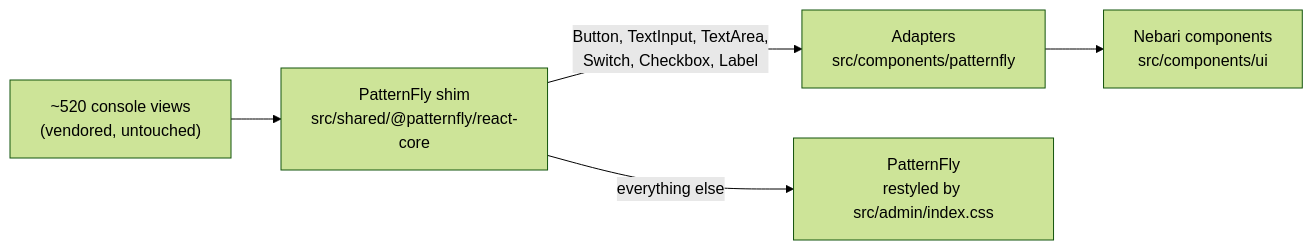
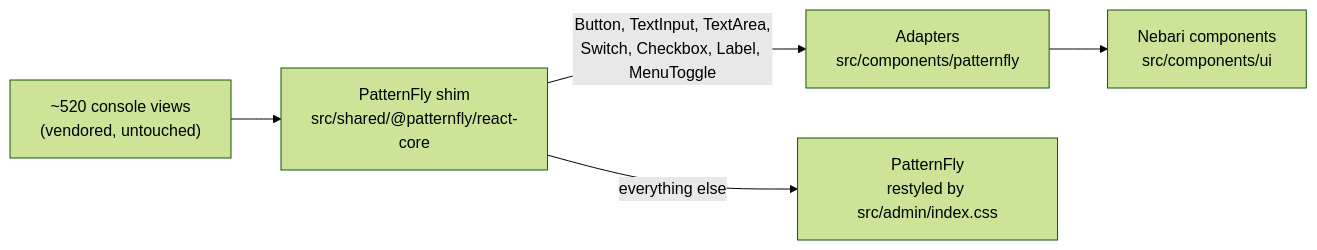
The diagram in docs/architecture.md (nebari-dev/nebari-keycloak-theme), drawn with Mermaid (forest theme) before and after one commit. The commit also changed 7 other files, not shown here.

````diff
--- a/docs/architecture.md
+++ b/docs/architecture.md
@@ -73,7 +73,7 @@
 ```mermaid
 flowchart LR
     V["~520 console views<br/>(vendored, untouched)"] --> S["PatternFly shim<br/>src/shared/@patternfly/react-core"]
-    S -->|"Button, TextInput, TextArea,<br/>Switch, Checkbox, Label"| A["Adapters<br/>src/components/patternfly"]
+    S -->|"Button, TextInput, TextArea,<br/>Switch, Checkbox, Label, MenuToggle"| A["Adapters<br/>src/components/patternfly"]
     S -->|"everything else"| P["PatternFly<br/>restyled by src/admin/index.css"]
     A --> U["Nebari components<br/>src/components/ui"]
 ```
````
